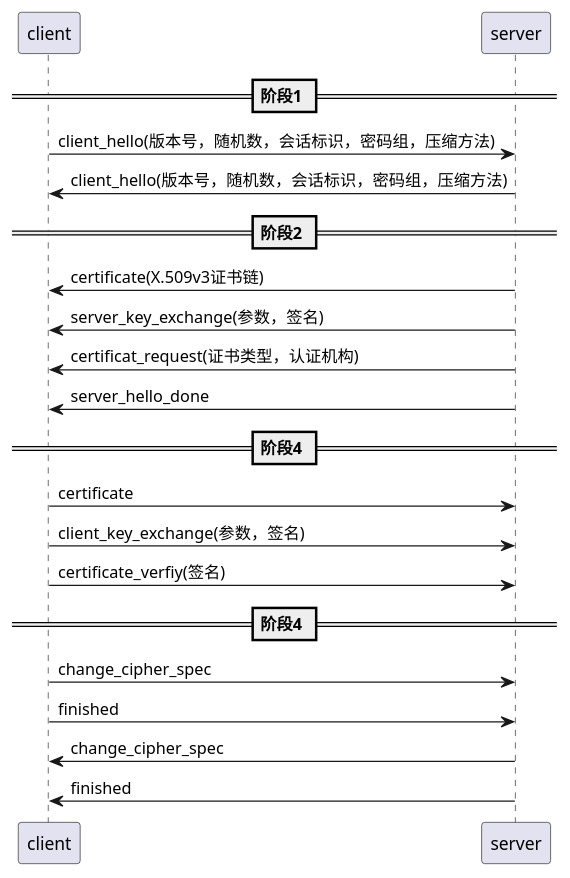
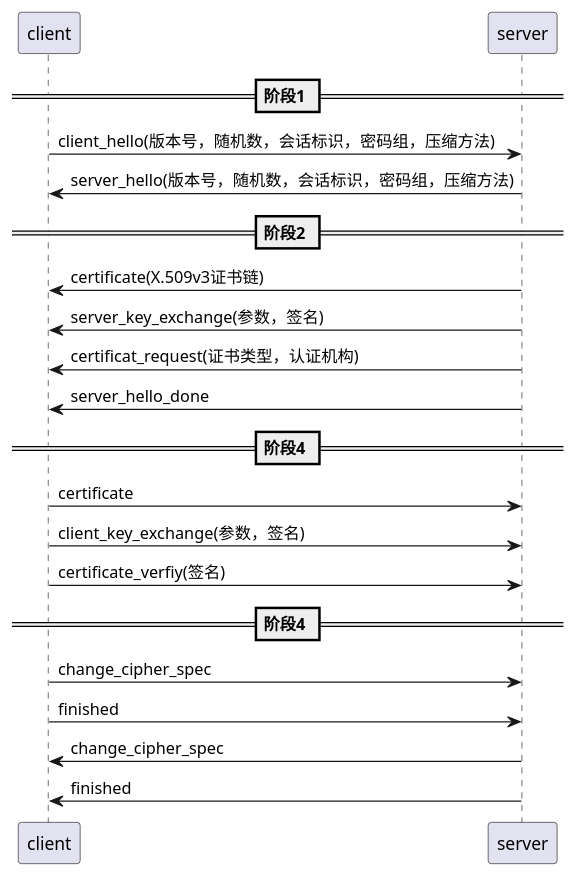
The diagram in network/https.md (vc60er/reading-notes), drawn with PlantUML before and after one commit. The commit also changed other lines of this file, not shown here.

````diff
--- a/network/https.md
+++ b/network/https.md
@@ -86,23 +115,23 @@
 ```plantuml
 @startuml
 
 == 阶段1 ==
 client -> server: client_hello(版本号，随机数，会话标识，密码组，压缩方法)
-server -> client: client_hello(版本号，随机数，会话标识，密码组，压缩方法)
+server -> client: server_hello(版本号，随机数，会话标识，密码组，压缩方法)
 == 阶段2 ==
 server -> client: certificate(X.509v3证书链)
 server -> client: server_key_exchange(参数，签名)
 server -> client: certificat_request(证书类型，认证机构)
 server -> client: server_hello_done
 == 阶段4 ==
 client -> server: certificate
 client -> server: client_key_exchange(参数，签名)
 client -> server: certificate_verfiy(签名)
 == 阶段4 ==
 client -> server: change_cipher_spec
 client -> server: finished
 server -> client: change_cipher_spec
 server -> client: finished
 
 @enduml
 ```
````
